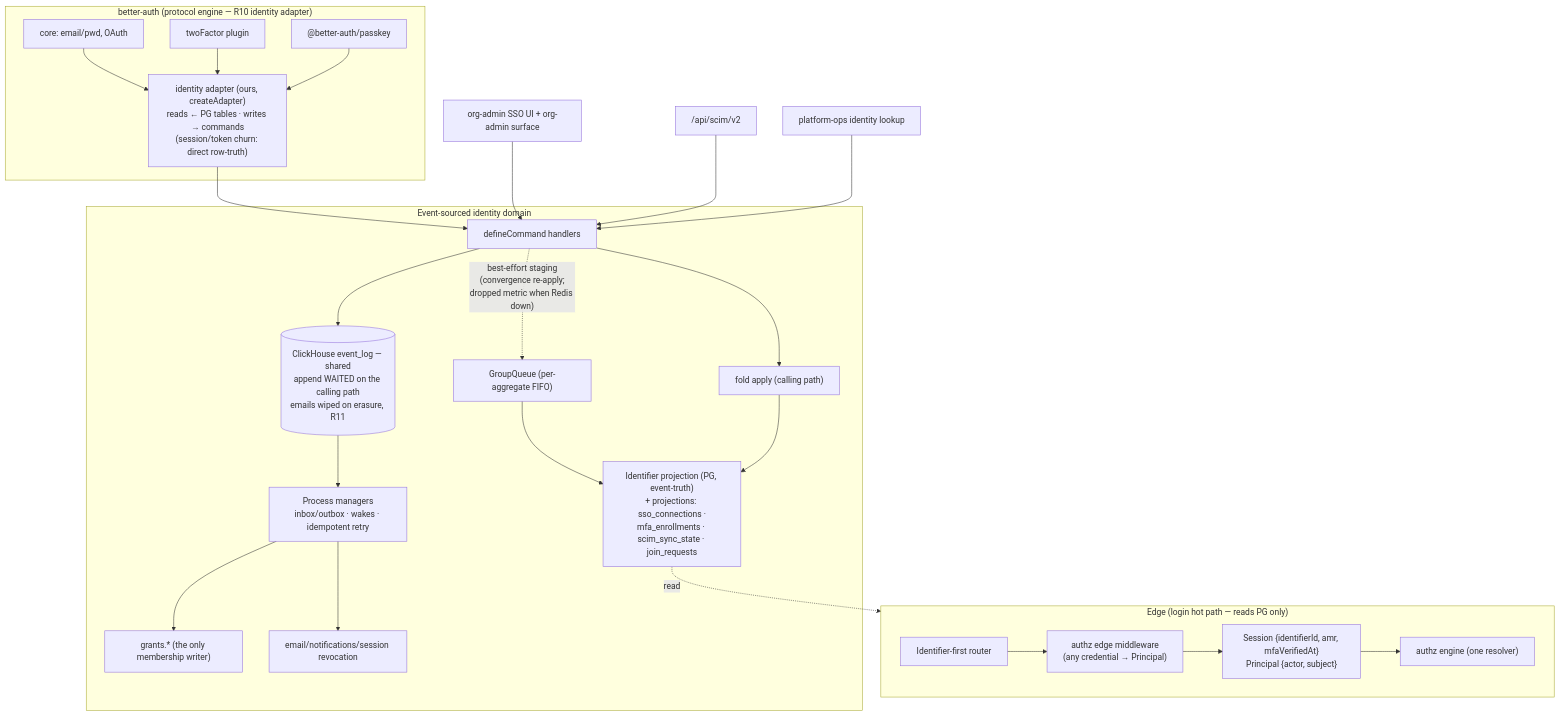
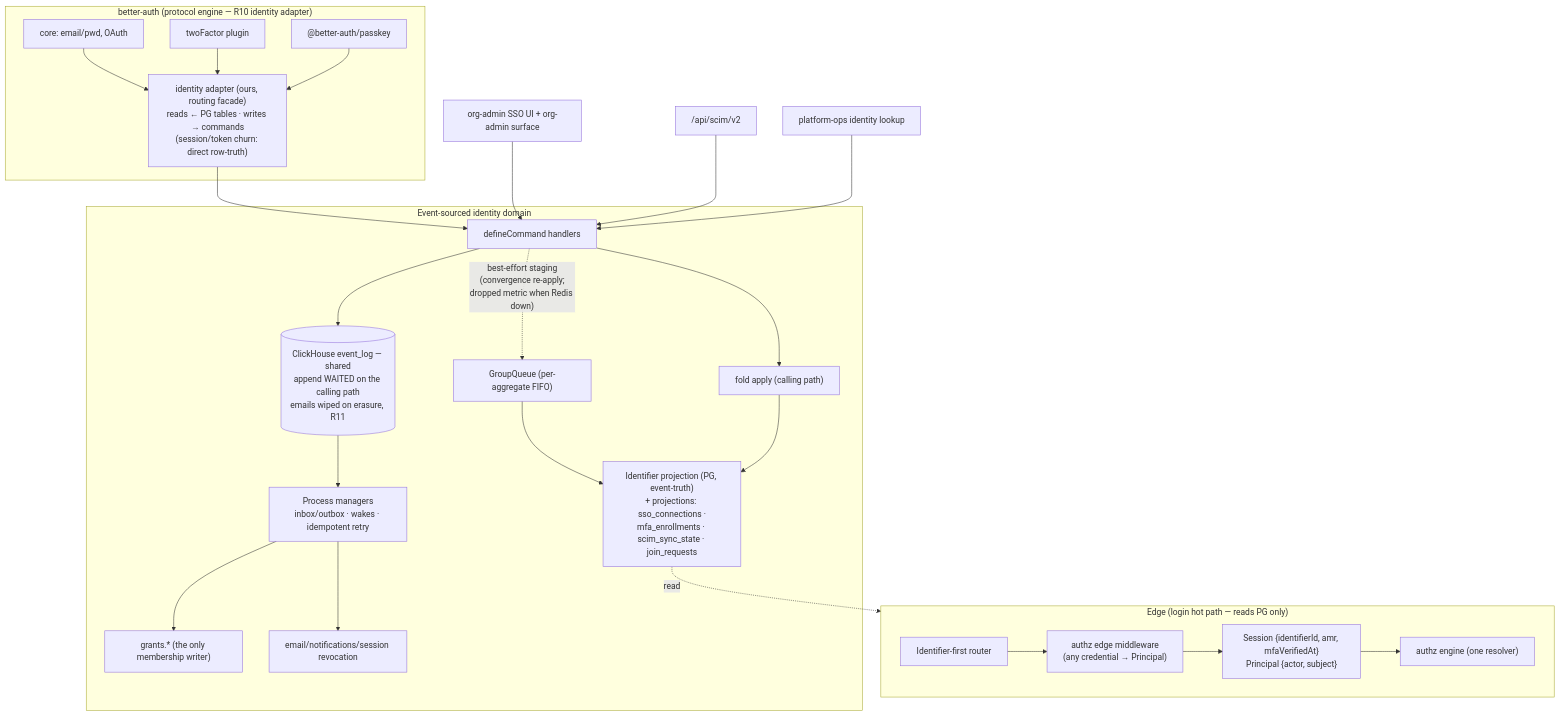
One commit to langwatch/langwatch changed the second of 3 diagrams in dev/docs/identity-platform-redesign.md. Above: the diagram before and after it, drawn with Mermaid. The commit also changed other lines of this file and 14 other files, not shown here.

````diff
--- a/dev/docs/identity-platform-redesign.md
+++ b/dev/docs/identity-platform-redesign.md
@@ -214,35 +214,35 @@
 ```mermaid
 flowchart TB
     subgraph Edge["Edge (login hot path — reads PG only)"]
         R[Identifier-first router] --> MW["authz edge middleware<br/>(any credential → Principal)"]
         MW --> SE["Session {identifierId, amr, mfaVerifiedAt}<br/>Principal {actor, subject}"]
         SE --> EN["authz engine (one resolver)"]
     end
 
     subgraph BA["better-auth (protocol engine — R10 identity adapter)"]
         CORE[core: email/pwd, OAuth]
         TF[twoFactor plugin]
         PK["@better-auth/passkey"]
-        IE["identity adapter (ours, createAdapter)<br/>reads ← PG tables · writes → commands<br/>(session/token churn: direct row-truth)"]
+        IE["identity adapter (ours, routing facade)<br/>reads ← PG tables · writes → commands<br/>(session/token churn: direct row-truth)"]
         CORE --> IE
         TF --> IE
         PK --> IE
     end
 
     subgraph ES["Event-sourced identity domain"]
         CMD[defineCommand handlers] --> CH[("ClickHouse event_log — shared<br/>append WAITED on the calling path<br/>emails wiped on erasure, R11")]
         CMD --> APPLY["fold apply (calling path)"]
         CMD -.->|"best-effort staging<br/>(convergence re-apply;<br/>dropped metric when Redis down)"| GQ["GroupQueue (per-aggregate FIFO)"]
         GQ --> PRJ
         APPLY --> PRJ["Identifier projection (PG, event-truth)<br/>+ projections: sso_connections ·<br/>mfa_enrollments · scim_sync_state · join_requests"]
         CH --> PM["Process managers<br/>inbox/outbox · wakes · idempotent retry"]
         PM --> GR["grants.* (the only membership writer)"]
         PM --> EXT[email/notifications/session revocation]
     end
 
     IE --> CMD
     UI[org-admin SSO UI + org-admin surface] --> CMD
     SCIM["/api/scim/v2"] --> CMD
     OPS[platform-ops identity lookup] --> CMD
     PRJ -.->|read| Edge
 ```
````
